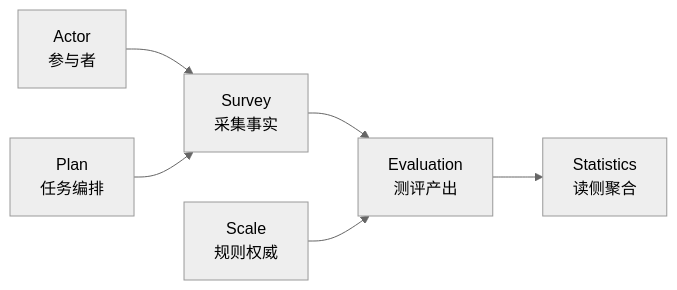
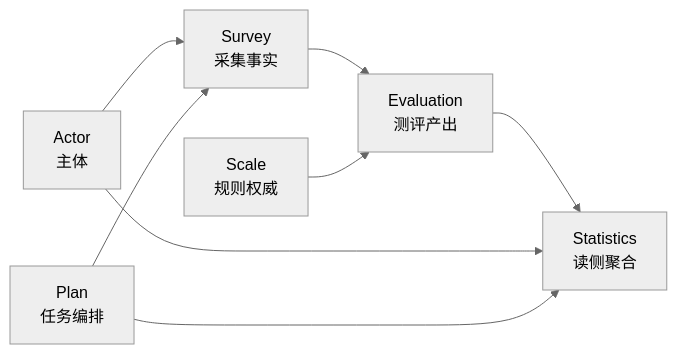
Before and after one commit to FangcunMount/qs-server: the third of 7 diagrams in docs/06-宣讲/09-30分钟技术分享脚本.md, drawn with Mermaid (neutral theme). The commit also changed other lines of this file and 21 other files, not shown here.

````diff
--- a/docs/06-宣讲/09-30分钟技术分享脚本.md
+++ b/docs/06-宣讲/09-30分钟技术分享脚本.md
@@ -59,8 +224,17 @@
 ```mermaid
 flowchart LR
-    survey["Survey\n采集事实"] --> evaluation["Evaluation\n测评产出"]
-    scale["Scale\n规则权威"] --> evaluation
-    actor["Actor\n参与者"] --> survey
-    plan["Plan\n任务编排"] --> survey
-    evaluation --> statistics["Statistics\n读侧聚合"]
+    Actor["Actor<br/>主体"]
+    Plan["Plan<br/>任务编排"]
+    Survey["Survey<br/>采集事实"]
+    Scale["Scale<br/>规则权威"]
+    Evaluation["Evaluation<br/>测评产出"]
+    Statistics["Statistics<br/>读侧聚合"]
+
+    Actor --> Survey
+    Plan --> Survey
+    Survey --> Evaluation
+    Scale --> Evaluation
+    Evaluation --> Statistics
+    Actor --> Statistics
+    Plan --> Statistics
 ```
````
